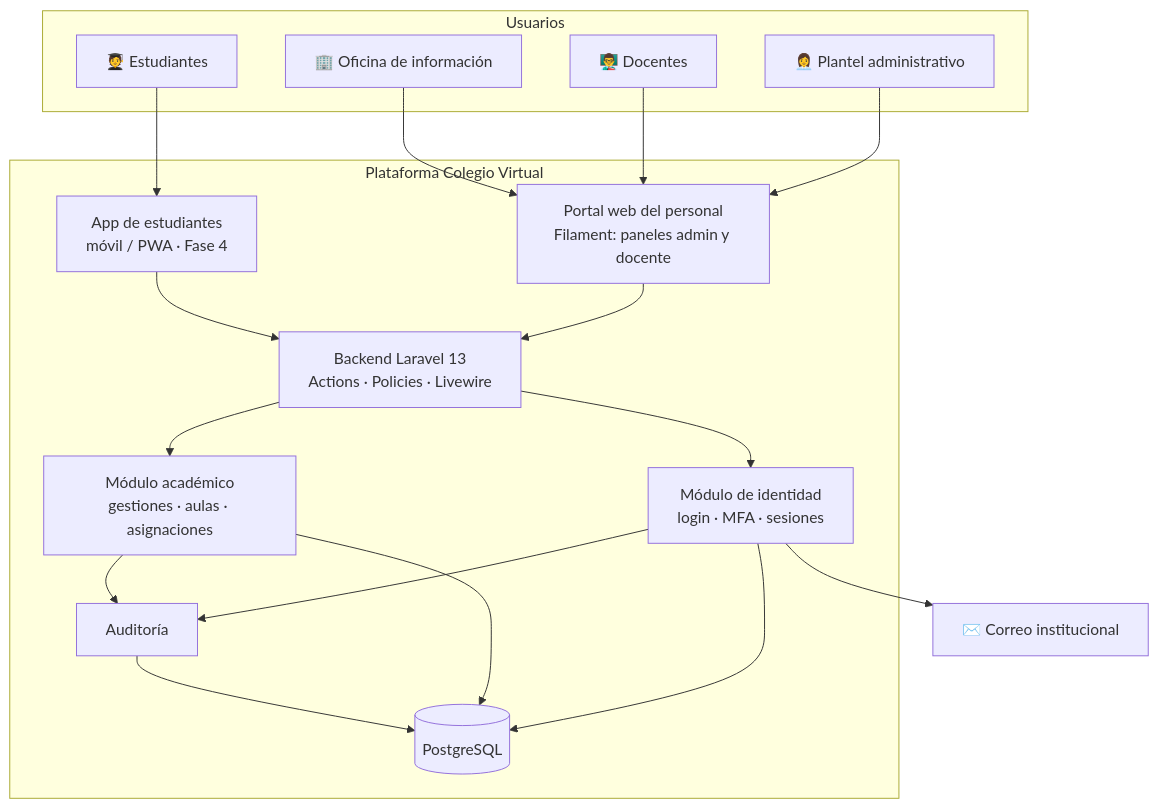
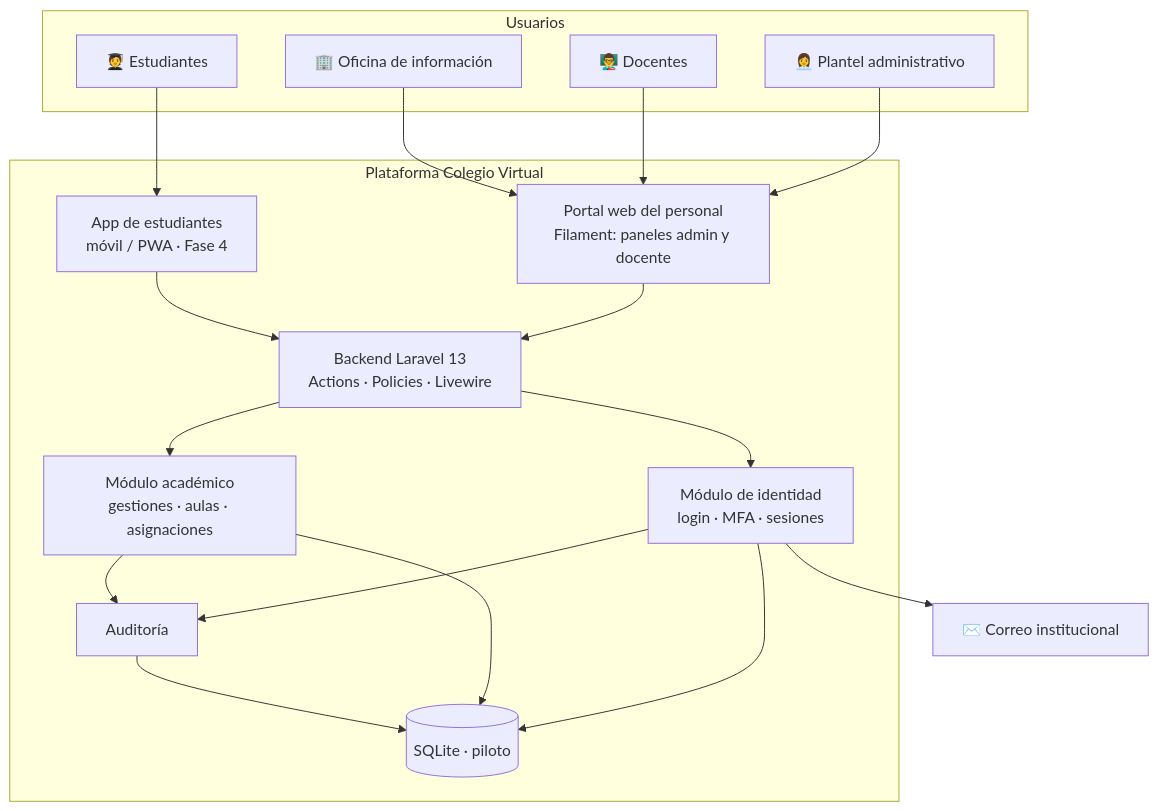
One commit to tiawanaku/piloto_boliviano_suizo changed the diagram in 05-Arquitectura/Vision de arquitectura.md. Above: the diagram before and after it, drawn with Mermaid. The commit also changed other lines of this file and 9 other files, not shown here.

````diff
--- a/05-Arquitectura/Vision de arquitectura.md
+++ b/05-Arquitectura/Vision de arquitectura.md
@@ -12,33 +12,33 @@
 ```mermaid
 flowchart TB
     subgraph Usuarios
         P[👩‍💼 Plantel administrativo]
         D[👨‍🏫 Docentes]
         E[🧑‍🎓 Estudiantes]
         O[🏢 Oficina de información]
     end
     subgraph Plataforma["Plataforma Colegio Virtual"]
         WEB[Portal web del personal<br/>Filament: paneles admin y docente]
         APP[App de estudiantes<br/>móvil / PWA · Fase 4]
         API[Backend Laravel 13<br/>Actions · Policies · Livewire]
         AUTH[Módulo de identidad<br/>login · MFA · sesiones]
         ACAD[Módulo académico<br/>gestiones · aulas · asignaciones]
         AUD[Auditoría]
-        DB[(PostgreSQL)]
+        DB[(SQLite · piloto)]
     end
     MAIL[✉️ Correo institucional]
     P --> WEB
     D --> WEB
     O --> WEB
     E --> APP
     WEB --> API
     APP --> API
     API --> AUTH
     API --> ACAD
     AUTH --> AUD
     ACAD --> AUD
     AUTH --> DB
     ACAD --> DB
     AUD --> DB
     AUTH --> MAIL
 ```
````
